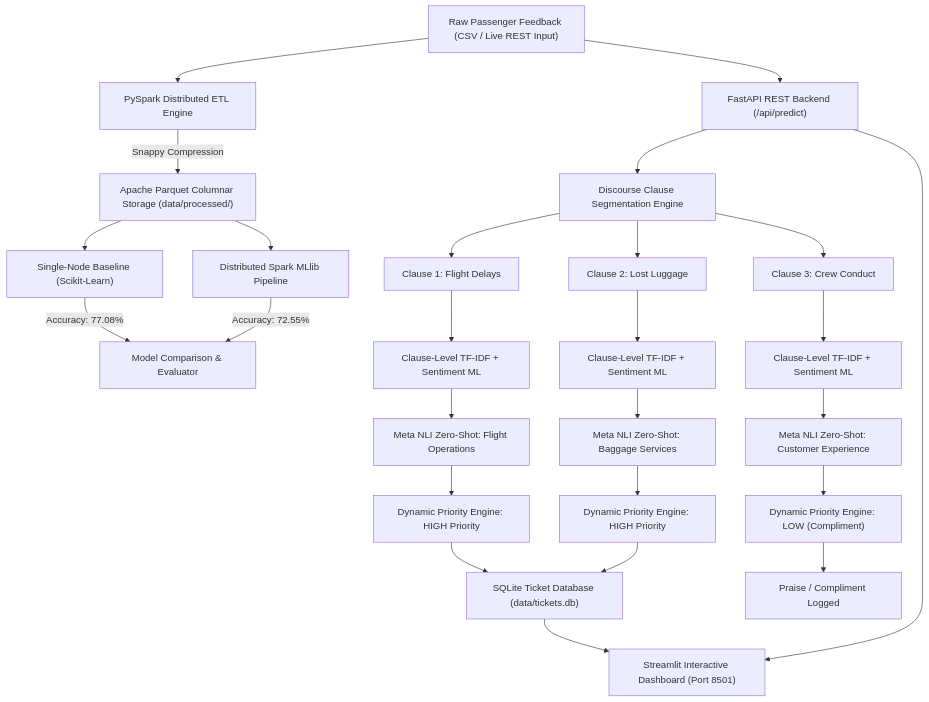
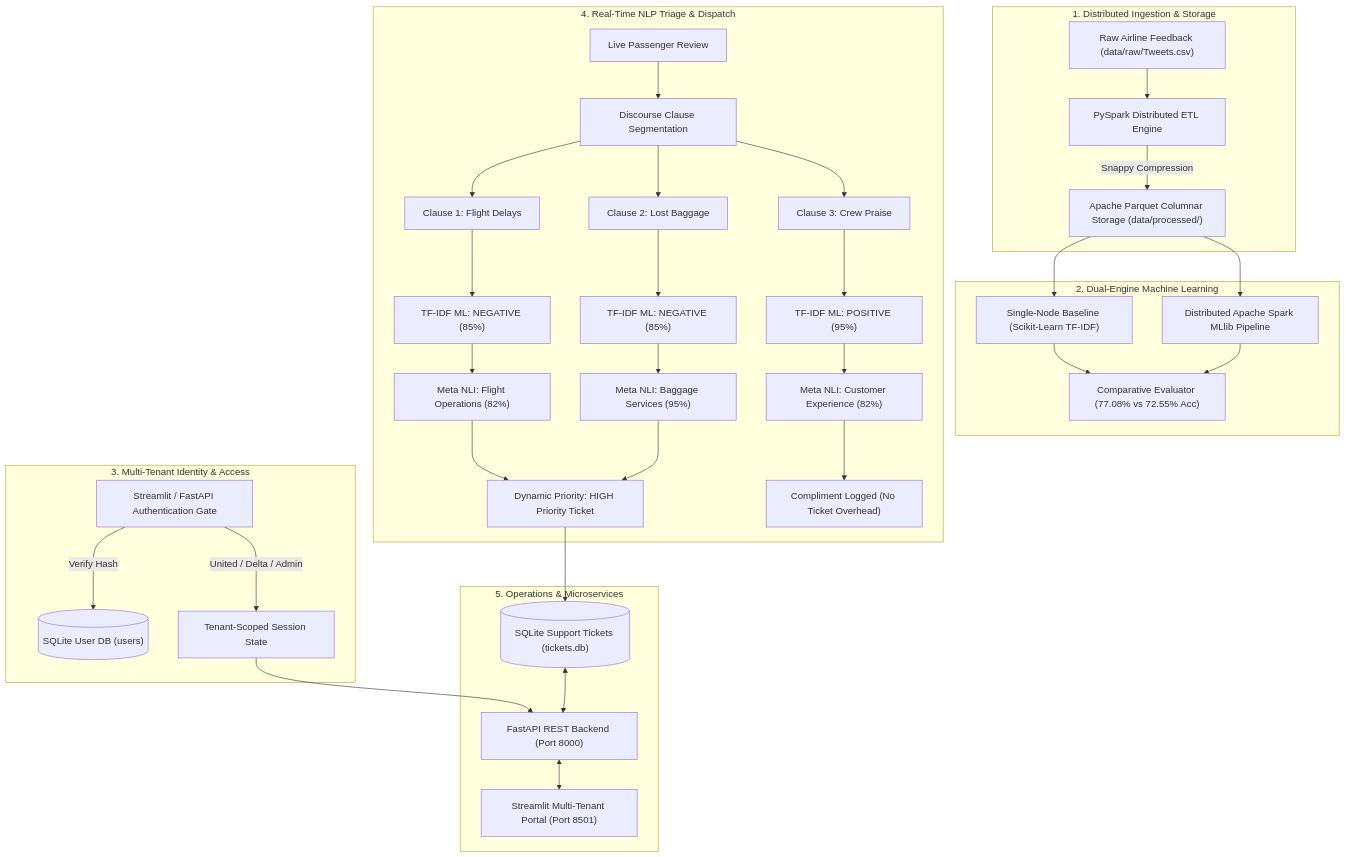
One commit to ndk123-web/airline-sentiment-router changed the first of 2 diagrams in README.md. Above: the diagram before and after it, drawn with Mermaid. The commit also changed other lines of this file and 2 other files, not shown here.

Commit message:
feat: upgrade to multi-tenant enterprise architecture and add frontend application with ticket database

````diff
--- a/README.md
+++ b/README.md
@@ -38,37 +43,46 @@
 ```mermaid
 flowchart TD
-    A["Raw Passenger Feedback (CSV / Live REST Input)"] --> B["PySpark Distributed ETL Engine"]
-    B -->|Snappy Compression| C["Apache Parquet Columnar Storage (data/processed/)"]
-    
-    C --> D1["Single-Node Baseline (Scikit-Learn)"]
-    C --> D2["Distributed Spark MLlib Pipeline"]
-    
-    D1 -->|Accuracy: 77.08%| E["Model Comparison & Evaluator"]
-    D2 -->|Accuracy: 72.55%| E
-    
-    A --> F["FastAPI REST Backend (/api/predict)"]
-    F --> G["Discourse Clause Segmentation Engine"]
-    
-    G --> H1["Clause 1: Flight Delays"]
-    G --> H2["Clause 2: Lost Luggage"]
-    G --> H3["Clause 3: Crew Conduct"]
-    
-    H1 --> I1["Clause-Level TF-IDF + Sentiment ML"]
-    H2 --> I2["Clause-Level TF-IDF + Sentiment ML"]
-    H3 --> I3["Clause-Level TF-IDF + Sentiment ML"]
-    
-    I1 --> J1["Meta NLI Zero-Shot: Flight Operations"]
-    I2 --> J2["Meta NLI Zero-Shot: Baggage Services"]
-    I3 --> J3["Meta NLI Zero-Shot: Customer Experience"]
-    
-    J1 --> K1["Dynamic Priority Engine: HIGH Priority"]
-    J2 --> K2["Dynamic Priority Engine: HIGH Priority"]
-    J3 --> K3["Dynamic Priority Engine: LOW (Compliment)"]
-    
-    K1 --> L["SQLite Ticket Database (data/tickets.db)"]
-    K2 --> L
-    K3 --> M["Praise / Compliment Logged"]
-    
-    L --> N["Streamlit Interactive Dashboard (Port 8501)"]
-    F --> N
+    subgraph Ingestion_and_ETL ["1. Distributed Ingestion & Storage"]
+        Raw["Raw Airline Feedback (data/raw/Tweets.csv)"] --> SparkETL["PySpark Distributed ETL Engine"]
+        SparkETL -->|Snappy Compression| Parquet["Apache Parquet Columnar Storage (data/processed/)"]
+    end
+
+    subgraph Machine_Learning ["2. Dual-Engine Machine Learning"]
+        Parquet --> Sklearn["Single-Node Baseline (Scikit-Learn TF-IDF)"]
+        Parquet --> SparkML["Distributed Apache Spark MLlib Pipeline"]
+        Sklearn --> Evaluator["Comparative Evaluator (77.08% vs 72.55% Acc)"]
+        SparkML --> Evaluator
+    end
+
+    subgraph Multi_Tenant_Auth ["3. Multi-Tenant Identity & Access"]
+        Users[("SQLite User DB (users)")]
+        Login["Streamlit / FastAPI Authentication Gate"] -->|Verify Hash| Users
+        Login -->|United / Delta / Admin| Session["Tenant-Scoped Session State"]
+    end
+
+    subgraph Live_Pipeline ["4. Real-Time NLP Triage & Dispatch"]
+        Passenger["Live Passenger Review"] --> ClauseSplitter["Discourse Clause Segmentation"]
+        ClauseSplitter --> Clause1["Clause 1: Flight Delays"]
+        ClauseSplitter --> Clause2["Clause 2: Lost Baggage"]
+        ClauseSplitter --> Clause3["Clause 3: Crew Praise"]
+
+        Clause1 --> TFIDF_ML["TF-IDF ML: NEGATIVE (85%)"]
+        Clause2 --> TFIDF_ML2["TF-IDF ML: NEGATIVE (85%)"]
+        Clause3 --> TFIDF_ML3["TF-IDF ML: POSITIVE (95%)"]
+
+        TFIDF_ML --> NLI1["Meta NLI: Flight Operations (82%)"]
+        TFIDF_ML2 --> NLI2["Meta NLI: Baggage Services (95%)"]
+        TFIDF_ML3 --> NLI3["Meta NLI: Customer Experience (82%)"]
+
+        NLI1 --> PriorityEngine["Dynamic Priority: HIGH Priority Ticket"]
+        NLI2 --> PriorityEngine
+        NLI3 --> ComplimentLog["Compliment Logged (No Ticket Overhead)"]
+    end
+
+    subgraph Storage_and_UI ["5. Operations & Microservices"]
+        PriorityEngine --> TicketsDB[("SQLite Support Tickets (tickets.db)")]
+        Session --> FastAPI["FastAPI REST Backend (Port 8000)"]
+        TicketsDB <--> FastAPI
+        FastAPI <--> Streamlit["Streamlit Multi-Tenant Portal (Port 8501)"]
+    end
 ```
````
